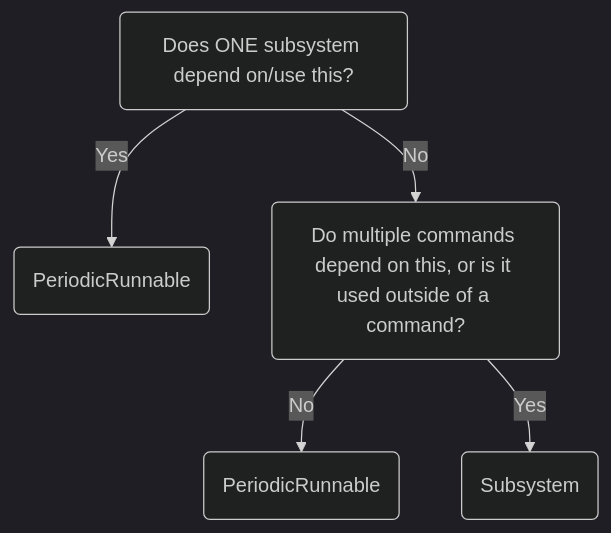
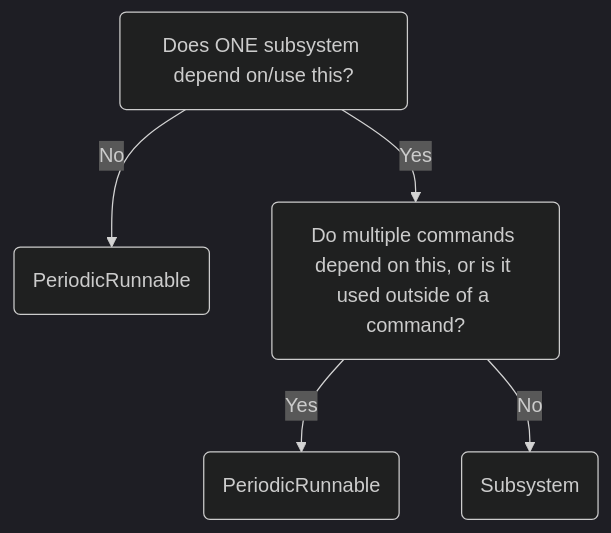
The diagram in docs/PeriodicRunnable.md (Brown-County-FIRST-Robotics/1716-2024-robot), drawn with Mermaid (dark theme) before and after one commit.

````diff
--- a/docs/PeriodicRunnable.md
+++ b/docs/PeriodicRunnable.md
@@ -3,7 +3,7 @@
 ```mermaid
 flowchart TB
-    q1(Does ONE subsystem depend on/use this?) -- Yes --> p1(PeriodicRunnable)
-    q1 -- No --> q2(Do multiple commands depend on this, or is it used outside of a command?)
-    q2 -- No --> p2(PeriodicRunnable)
-    q2 -- Yes --> s1(Subsystem)
+    q1(Does ONE subsystem depend on/use this?) -- No --> p1(PeriodicRunnable)
+    q1 -- Yes --> q2(Do multiple commands depend on this, or is it used outside of a command?)
+    q2 -- Yes --> p2(PeriodicRunnable)
+    q2 -- No --> s1(Subsystem)
 ```
````
